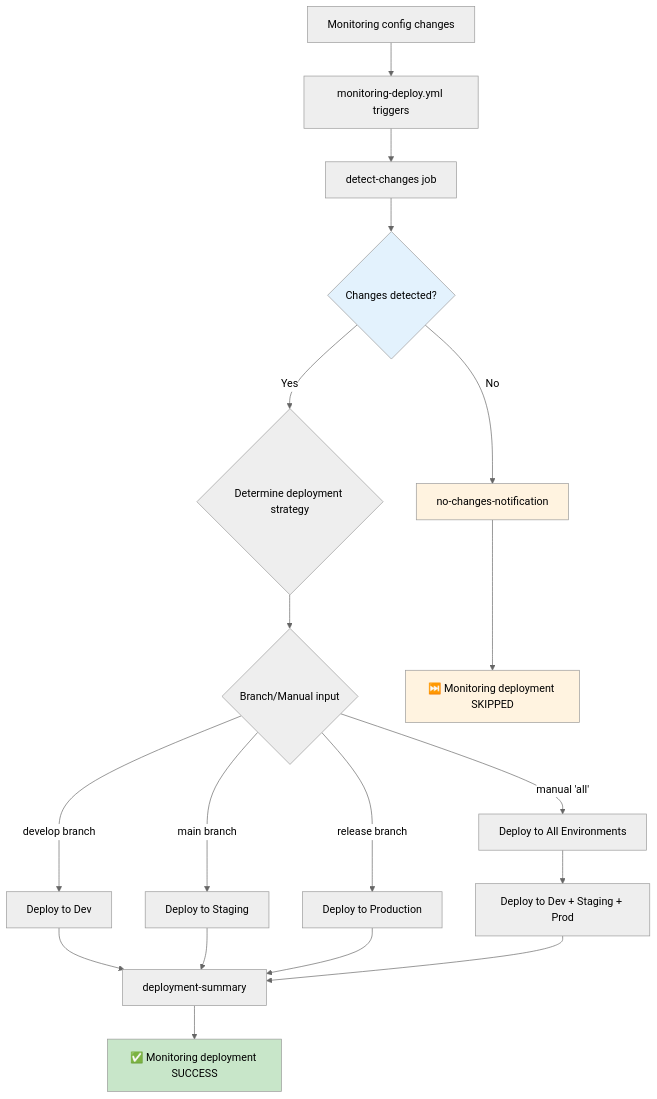
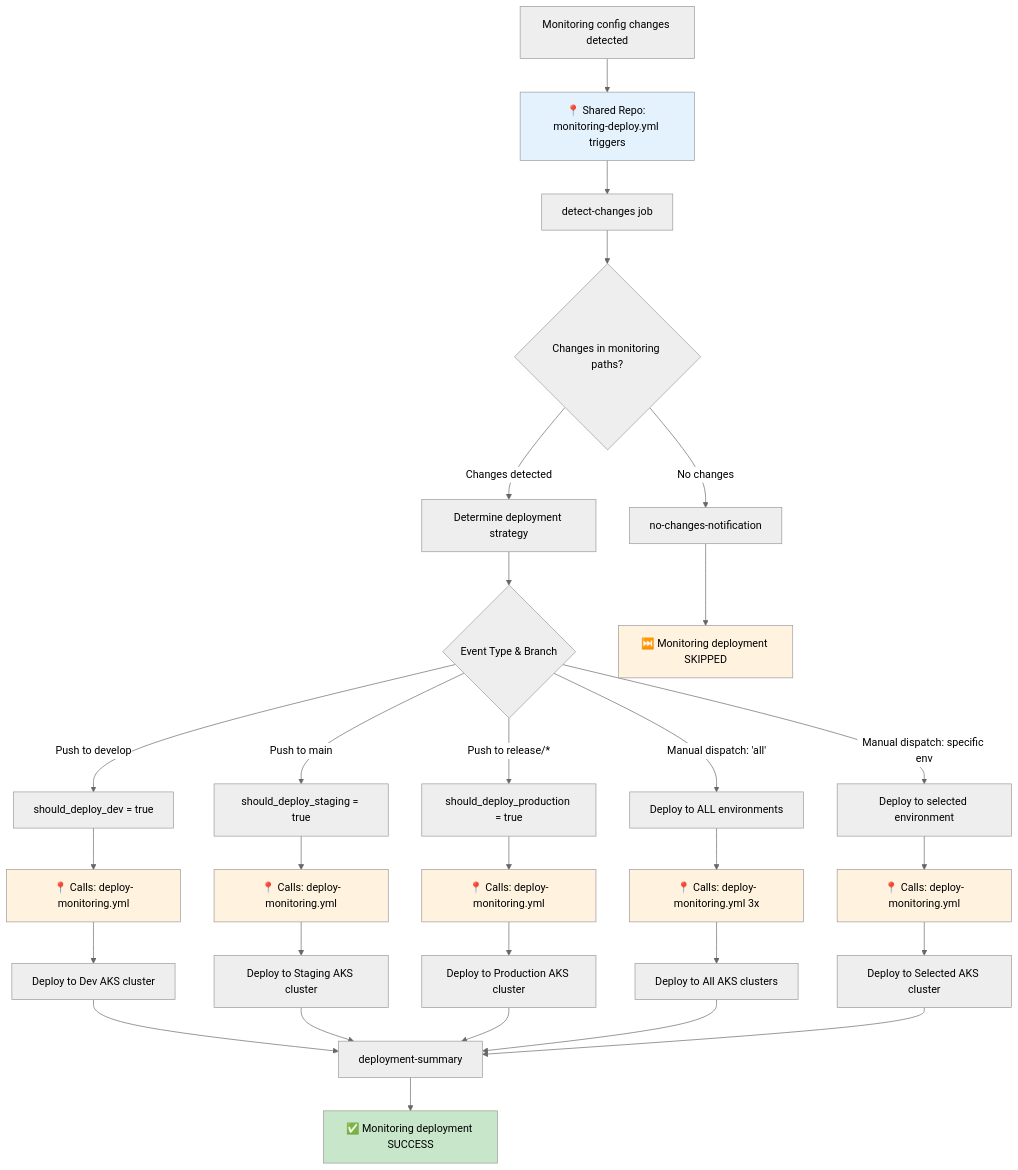
Diagram 11 of 16 in docs/DEPLOYMENT_FLOWS_GUIDE.md (abhiksd/shared-workflows-testing), drawn with Mermaid (neutral theme) before and after one commit. The commit also changed other lines of this file, not shown here.

First line of the commit message:
Comprehensive: Update monitoring workflow documentation

````diff
--- a/docs/DEPLOYMENT_FLOWS_GUIDE.md
+++ b/docs/DEPLOYMENT_FLOWS_GUIDE.md
@@ -408,30 +456,47 @@
 ```mermaid
 flowchart TD
-    A[Monitoring config changes] --> B[monitoring-deploy.yml triggers]
+    A[Monitoring config changes detected] --> B[📍 Shared Repo: monitoring-deploy.yml triggers]
     B --> C[detect-changes job]
     
-    C --> D{Changes detected?}
-    D -->|No| E[no-changes-notification]
-    D -->|Yes| F{Determine deployment strategy}
+    C --> D{Changes in monitoring paths?}
+    D -->|No changes| E[no-changes-notification]
+    D -->|Changes detected| F[Determine deployment strategy]
     
-    F --> G{Branch/Manual input}
+    F --> G{Event Type & Branch}
     
-    G -->|develop branch| H[Deploy to Dev]
-    G -->|main branch| I[Deploy to Staging]
-    G -->|release branch| J[Deploy to Production]
-    G -->|manual 'all'| K[Deploy to All Environments]
+    G -->|Push to develop| H[should_deploy_dev = true]
+    G -->|Push to main| I[should_deploy_staging = true]
+    G -->|Push to release/*| J[should_deploy_production = true]
+    G -->|Manual dispatch: 'all'| K[Deploy to ALL environments]
+    G -->|Manual dispatch: specific env| L[Deploy to selected environment]
     
-    H --> L[deployment-summary]
-    I --> L
-    J --> L
-    K --> M[Deploy to Dev + Staging + Prod]
-    M --> L
+    H --> M[📍 Calls: deploy-monitoring.yml]
+    I --> N[📍 Calls: deploy-monitoring.yml]
+    J --> O[📍 Calls: deploy-monitoring.yml]
+    K --> P[📍 Calls: deploy-monitoring.yml 3x]
+    L --> Q[📍 Calls: deploy-monitoring.yml]
     
-    L --> N[✅ Monitoring deployment SUCCESS]
-    E --> O[⏭️ Monitoring deployment SKIPPED]
+    M --> R[Deploy to Dev AKS cluster]
+    N --> S[Deploy to Staging AKS cluster]
+    O --> T[Deploy to Production AKS cluster]
+    P --> U[Deploy to All AKS clusters]
+    Q --> V[Deploy to Selected AKS cluster]
     
-    style D fill:#e3f2fd
-    style E fill:#fff3e0
-    style N fill:#c8e6c9
+    R --> W[deployment-summary]
+    S --> W
+    T --> W
+    U --> W
+    V --> W
+    
+    W --> X[✅ Monitoring deployment SUCCESS]
+    E --> Y[⏭️ Monitoring deployment SKIPPED]
+    
+    style B fill:#e3f2fd
+    style M fill:#fff3e0
+    style N fill:#fff3e0
     style O fill:#fff3e0
+    style P fill:#fff3e0
+    style Q fill:#fff3e0
+    style X fill:#c8e6c9
+    style Y fill:#fff3e0
 ```
````
